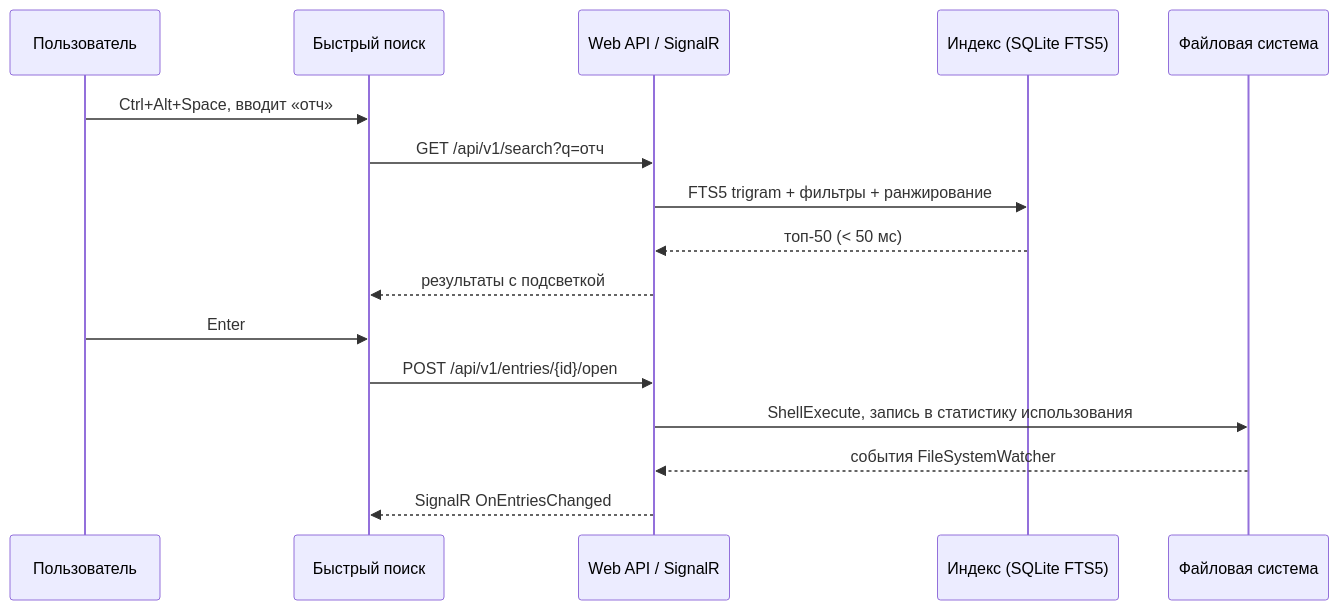
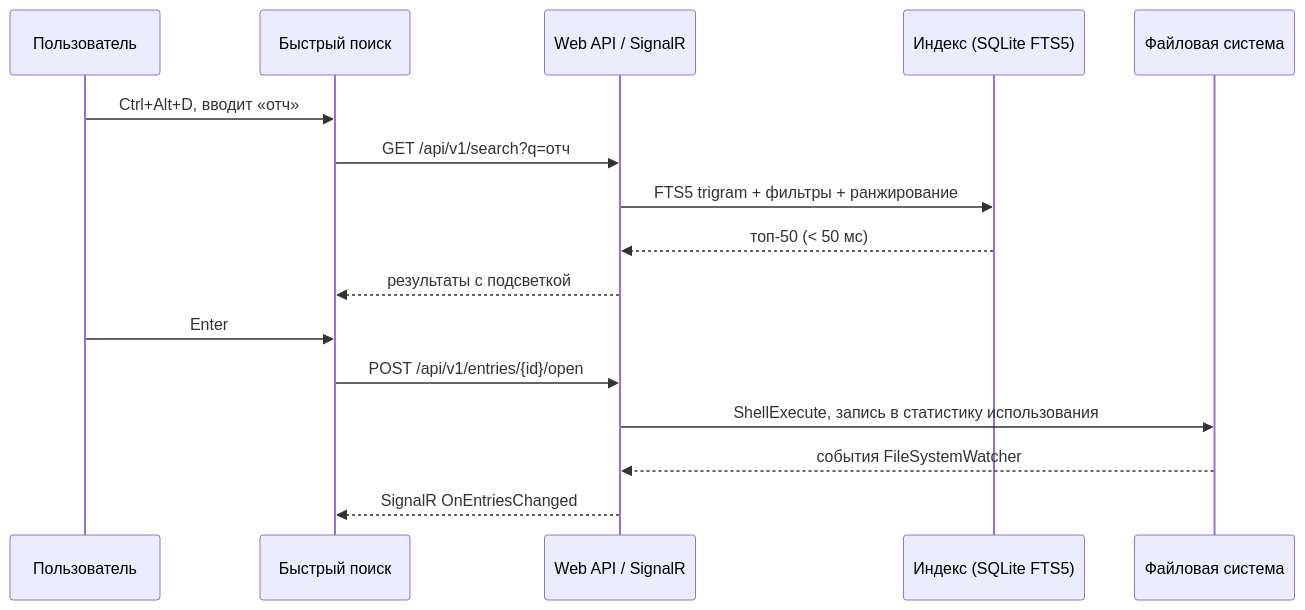
Before and after one commit to IichiKohuro/DiskApp: the second of 2 diagrams in README.md, drawn with Mermaid. The commit also changed other lines of this file and 3 other files, not shown here.

First line of the commit message:
docs(stage0): add README status section with measurements and real startup scheme in ARCHITECTURE

````diff
--- a/README.md
+++ b/README.md
@@ -241,18 +274,18 @@
 ```mermaid
 sequenceDiagram
     participant U as Пользователь
     participant UI as Быстрый поиск
     participant API as Web API / SignalR
     participant IDX as Индекс (SQLite FTS5)
     participant FS as Файловая система
-    U->>UI: Ctrl+Alt+Space, вводит «отч»
+    U->>UI: Ctrl+Alt+D, вводит «отч»
     UI->>API: GET /api/v1/search?q=отч
     API->>IDX: FTS5 trigram + фильтры + ранжирование
     IDX-->>API: топ-50 (< 50 мс)
     API-->>UI: результаты с подсветкой
     U->>UI: Enter
     UI->>API: POST /api/v1/entries/{id}/open
     API->>FS: ShellExecute, запись в статистику использования
     FS-->>API: события FileSystemWatcher
     API-->>UI: SignalR OnEntriesChanged
 ```
````
